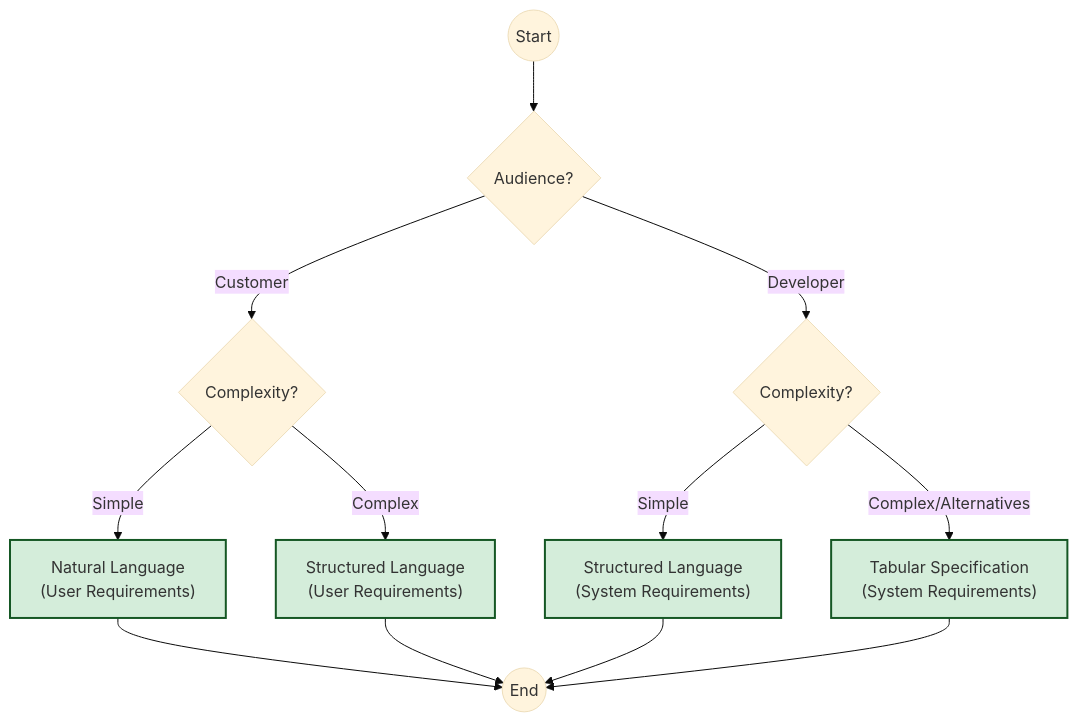
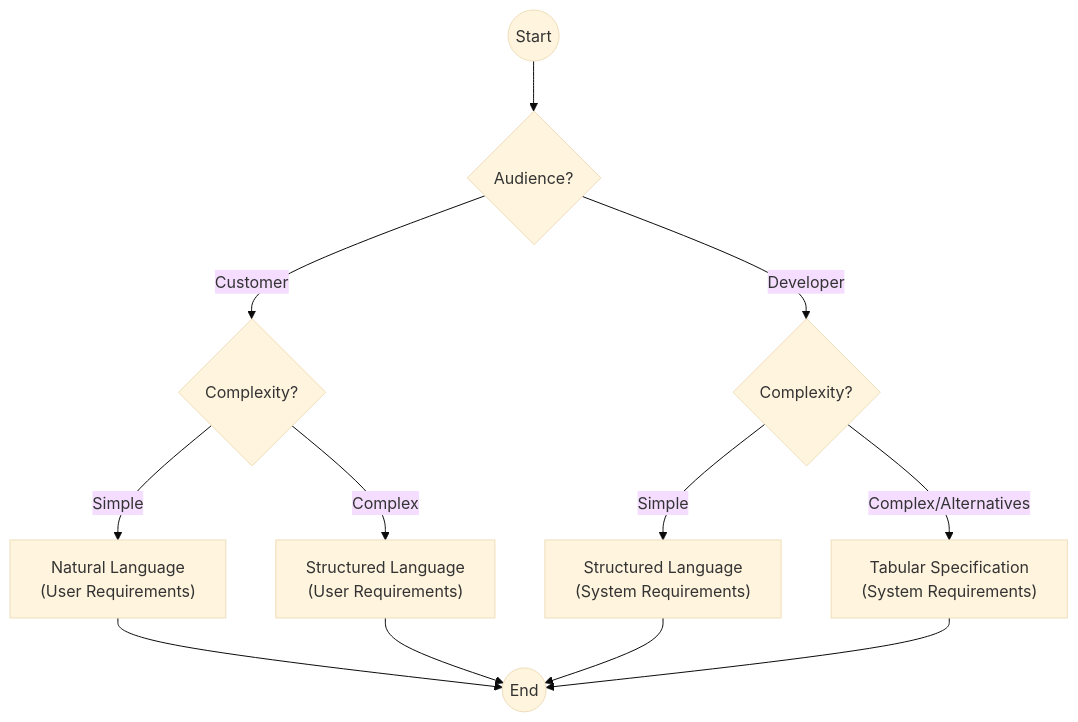
Before and after one commit to sujith-eag/sujith-library: the third of 3 diagrams in docs/mca/se/u11/u13.md, drawn with Mermaid (base theme). The commit also changed other lines of this file and 41 other files, not shown here.

First line of the commit message:
Refactor diagrams and remove redundant styles in documentation

````diff
--- a/docs/mca/se/u11/u13.md
+++ b/docs/mca/se/u11/u13.md
@@ -108,21 +103,18 @@
 ```mermaid
 graph TD
-    classDef decision fill:#ffc107,stroke:#c59d00,stroke-width:2px;
-    classDef audience fill:#add8e6,stroke:#4682b4,stroke-width:2px;
-    classDef styleType fill:#d4edda,stroke:#155724,stroke-width:2px;
 
     Start((Start)) --> A{Audience?};
     A -- "Customer" --> B{Complexity?};
     A -- "Developer" --> C{Complexity?};
 
     B -- "Simple" --> NL["Natural Language<br>(User Requirements)"]:::styleType;
     B -- "Complex" --> SL_User["Structured Language<br>(User Requirements)"]:::styleType;
 
     C -- "Simple" --> SL_Dev["Structured Language<br>(System Requirements)"]:::styleType;
     C -- "Complex/Alternatives" --> TS["Tabular Specification<br>(System Requirements)"]:::styleType;
 
     NL --> End((End));
     SL_User --> End;
     SL_Dev --> End;
     TS --> End;
 ```
````
